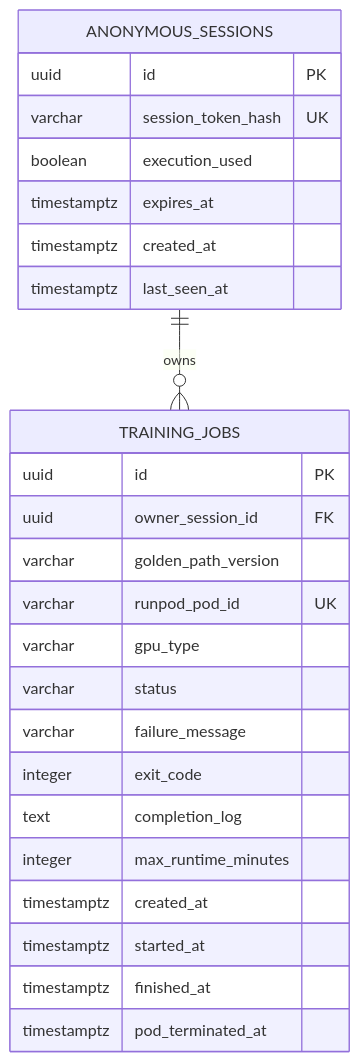
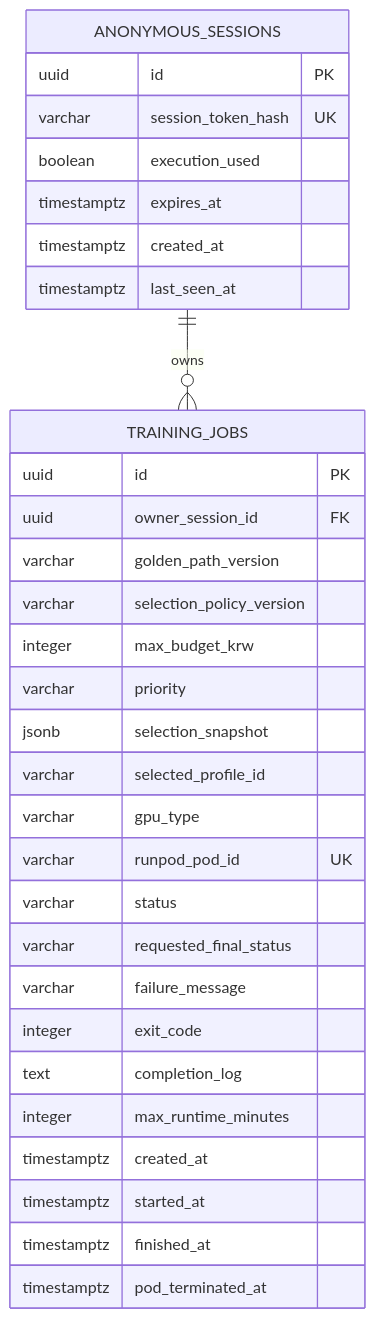
The diagram in ERD.md (Gjooo/2026UNITHON), drawn with Mermaid before and after one commit. The commit also changed other lines of this file and 5 other files, not shown here.

````diff
--- a/ERD.md
+++ b/ERD.md
@@ -5,30 +5,36 @@
 ```mermaid
 erDiagram
     ANONYMOUS_SESSIONS {
         uuid id PK
         varchar session_token_hash UK
         boolean execution_used
         timestamptz expires_at
         timestamptz created_at
         timestamptz last_seen_at
     }
 
     TRAINING_JOBS {
         uuid id PK
         uuid owner_session_id FK
         varchar golden_path_version
+        varchar selection_policy_version
+        integer max_budget_krw
+        varchar priority
+        jsonb selection_snapshot
+        varchar selected_profile_id
+        varchar gpu_type
         varchar runpod_pod_id UK
-        varchar gpu_type
         varchar status
+        varchar requested_final_status
         varchar failure_message
         integer exit_code
         text completion_log
         integer max_runtime_minutes
         timestamptz created_at
         timestamptz started_at
         timestamptz finished_at
         timestamptz pod_terminated_at
     }
 
     ANONYMOUS_SESSIONS ||--o{ TRAINING_JOBS : owns
 ```
````
